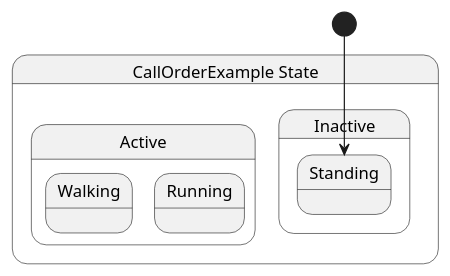
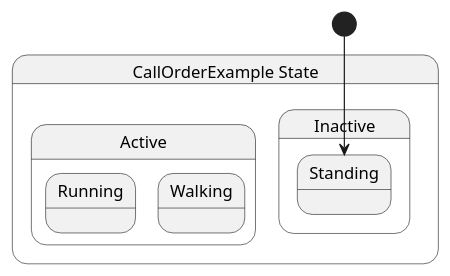
One commit to chickensoft-games/LogicBlocks changed the diagram in Chickensoft.LogicBlocks.DiagramGenerator.Tests/test_cases/CallOrderExample.g.puml. Above: the diagram before and after it, drawn with PlantUML. The commit also changed other lines of this file and 8 other files, not shown here.

```diff
--- a/Chickensoft.LogicBlocks.DiagramGenerator.Tests/test_cases/CallOrderExample.g.puml
+++ b/Chickensoft.LogicBlocks.DiagramGenerator.Tests/test_cases/CallOrderExample.g.puml
@@ -1,12 +1,12 @@
 @startuml CallOrderExample
 state "CallOrderExample State" as Chickensoft_LogicBlocks_DiagramGenerator_Tests_TestCases_CallOrderExample_State {
   state "Active" as Chickensoft_LogicBlocks_DiagramGenerator_Tests_TestCases_CallOrderExample_Active {
+    state "Running" as Chickensoft_LogicBlocks_DiagramGenerator_Tests_TestCases_CallOrderExample_Running
     state "Walking" as Chickensoft_LogicBlocks_DiagramGenerator_Tests_TestCases_CallOrderExample_Walking
-    state "Running" as Chickensoft_LogicBlocks_DiagramGenerator_Tests_TestCases_CallOrderExample_Running
   }
   state "Inactive" as Chickensoft_LogicBlocks_DiagramGenerator_Tests_TestCases_CallOrderExample_Inactive {
     state "Standing" as Chickensoft_LogicBlocks_DiagramGenerator_Tests_TestCases_CallOrderExample_Standing
   }
 }
 [*] --> Chickensoft_LogicBlocks_DiagramGenerator_Tests_TestCases_CallOrderExample_Standing
 @enduml
```
